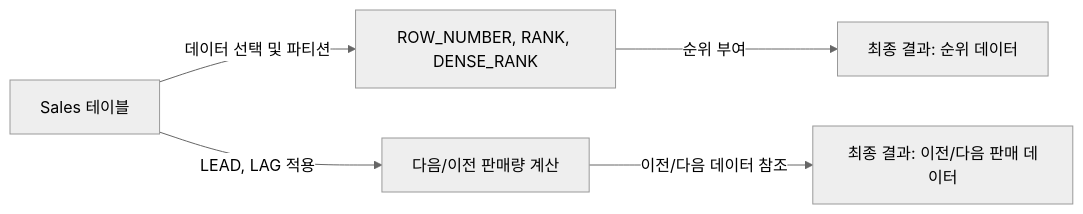
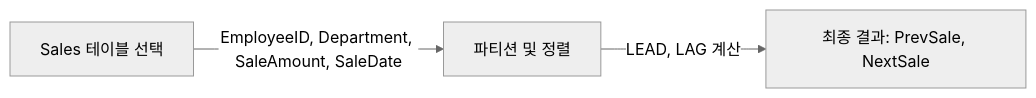
One commit to data-jeong/FromSQLBasicsToPro-MySQL changed the diagram in 2.Intermediate/05_Window_Functions/README.md. Above: the diagram before and after it, drawn with Mermaid (neutral theme). The commit also changed other lines of this file, not shown here.

````diff
--- a/2.Intermediate/05_Window_Functions/README.md
+++ b/2.Intermediate/05_Window_Functions/README.md
@@ -56,7 +107,6 @@
 ```mermaid
 graph LR
-    A[Sales 테이블] -->|데이터 선택 및 파티션| B[ROW_NUMBER, RANK, DENSE_RANK]
-    A -->|LEAD, LAG 적용| C[다음/이전 판매량 계산]
-    B -->|순위 부여| D[최종 결과: 순위 데이터]
-    C -->|이전/다음 데이터 참조| E[최종 결과: 이전/다음 판매 데이터]
+    A[Sales 테이블 선택] -->|EmployeeID, Department, SaleAmount, SaleDate| B[파티션 및 정렬]
+    B -->|LEAD, LAG 계산| C[최종 결과: PrevSale, NextSale]
+
 ```
````
